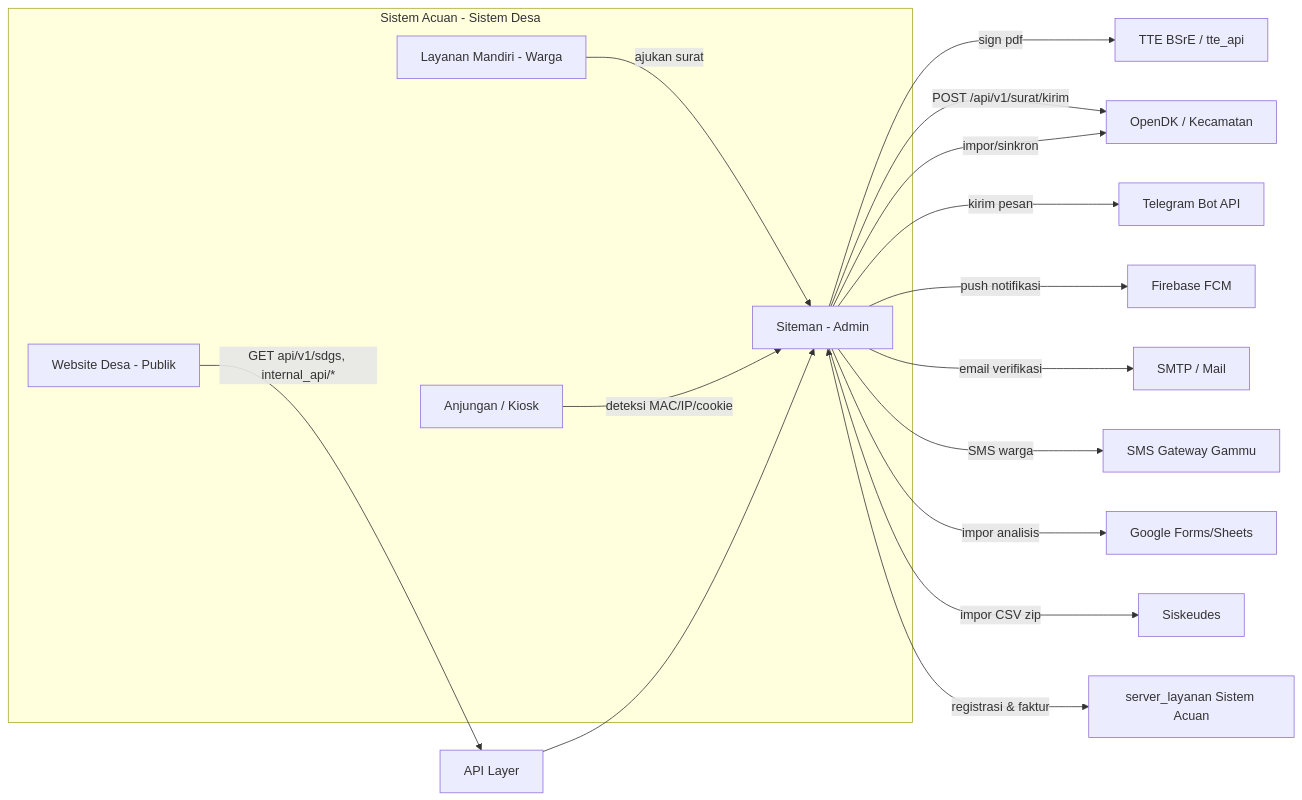
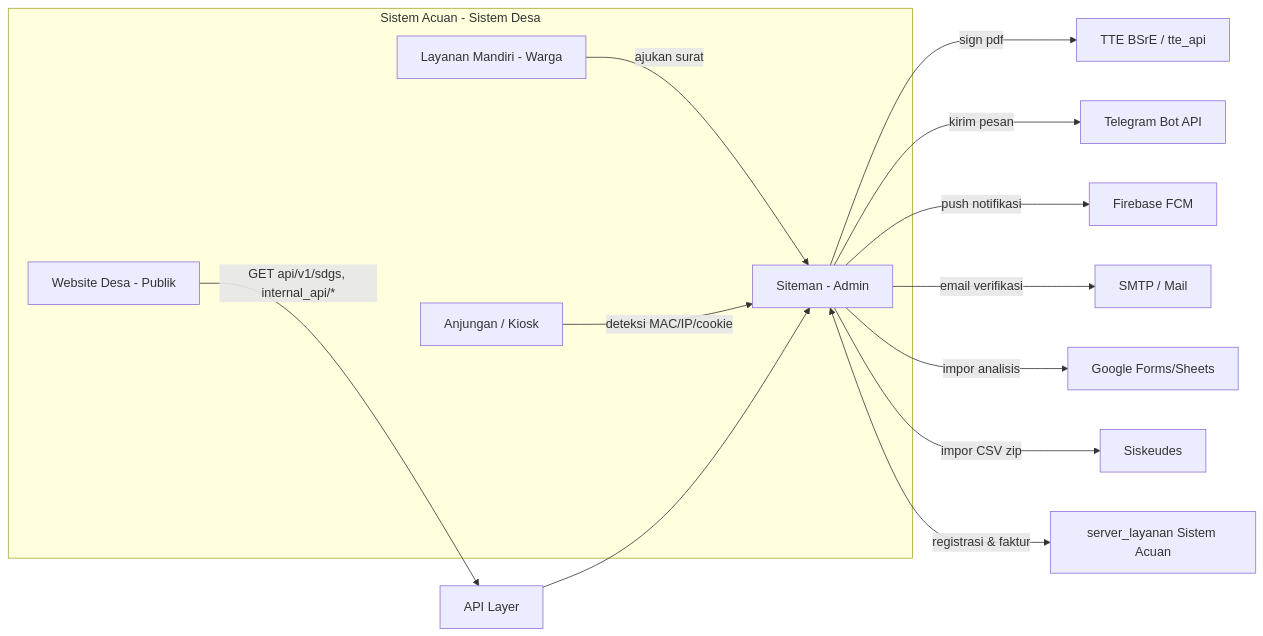
One commit to fahmiorim/SID changed the diagram in docs/riset/LAMPIRAN-09-INTEGRASI-KEAMANAN.md. Above: the diagram before and after it, drawn with Mermaid. The commit also changed other lines of this file and 126 other files, not shown here.

````diff
--- a/docs/riset/LAMPIRAN-09-INTEGRASI-KEAMANAN.md
+++ b/docs/riset/LAMPIRAN-09-INTEGRASI-KEAMANAN.md
@@ -26,26 +26,24 @@
 ```mermaid
 graph LR
   subgraph Sistem Acuan[Sistem Acuan - Sistem Desa]
     ADM[Siteman - Admin]
     MAN[Layanan Mandiri - Warga]
     WEB[Website Desa - Publik]
     ANJ[Anjungan / Kiosk]
   end
 
   ADM -->|sign pdf| BSrE[TTE BSrE / tte_api]
-  ADM -->|POST /api/v1/surat/kirim| ODK[OpenDK / Kecamatan]
+
   ADM -->|kirim pesan| TG[Telegram Bot API]
   ADM -->|push notifikasi| FCM[Firebase FCM]
   ADM -->|email verifikasi| SMTP[SMTP / Mail]
-  ADM -->|SMS warga| GW[SMS Gateway Gammu]
   ADM -->|impor analisis| GF[Google Forms/Sheets]
   ADM -->|impor CSV zip| SKD[Siskeudes]
   ADM <-->|registrasi & faktur| SAAS[server_layanan Sistem Acuan]
-  ADM -->|impor/sinkron| ODK
 
   WEB -->|GET api/v1/sdgs, internal_api/*| API[API Layer]
   MAN -->|ajukan surat| ADM
   ANJ -->|deteksi MAC/IP/cookie| ADM
 
   API --> ADM
 ```
````
